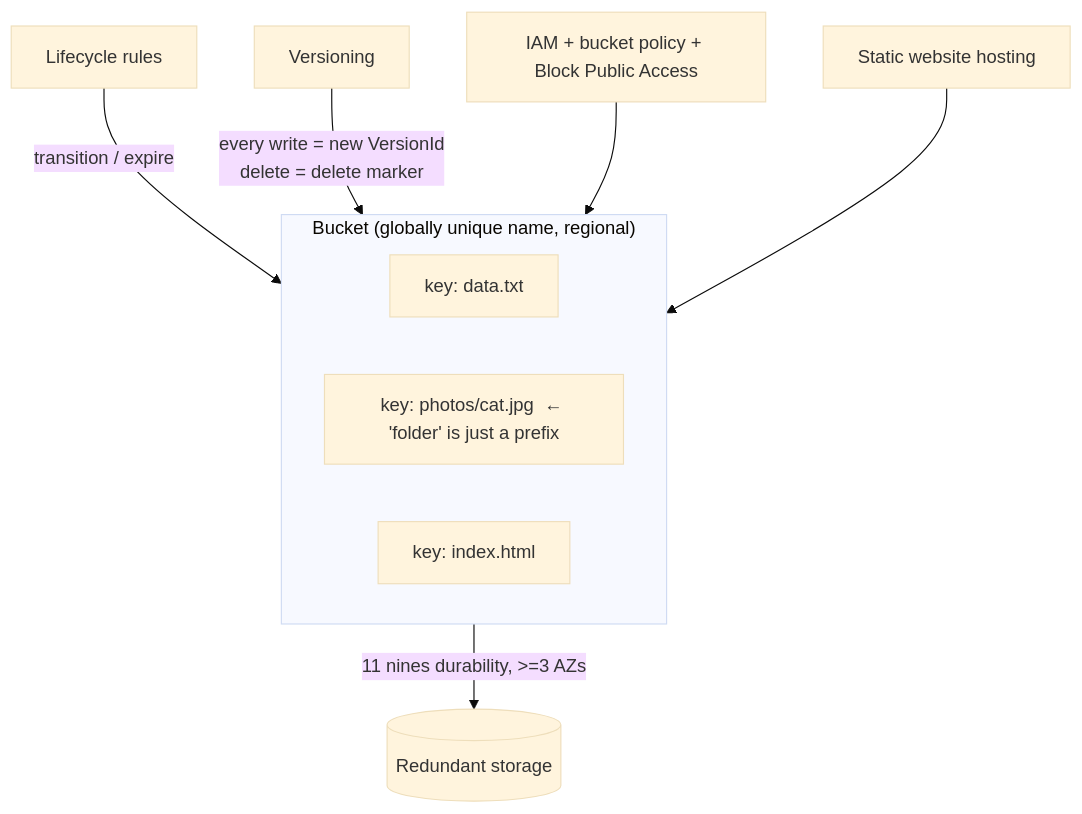
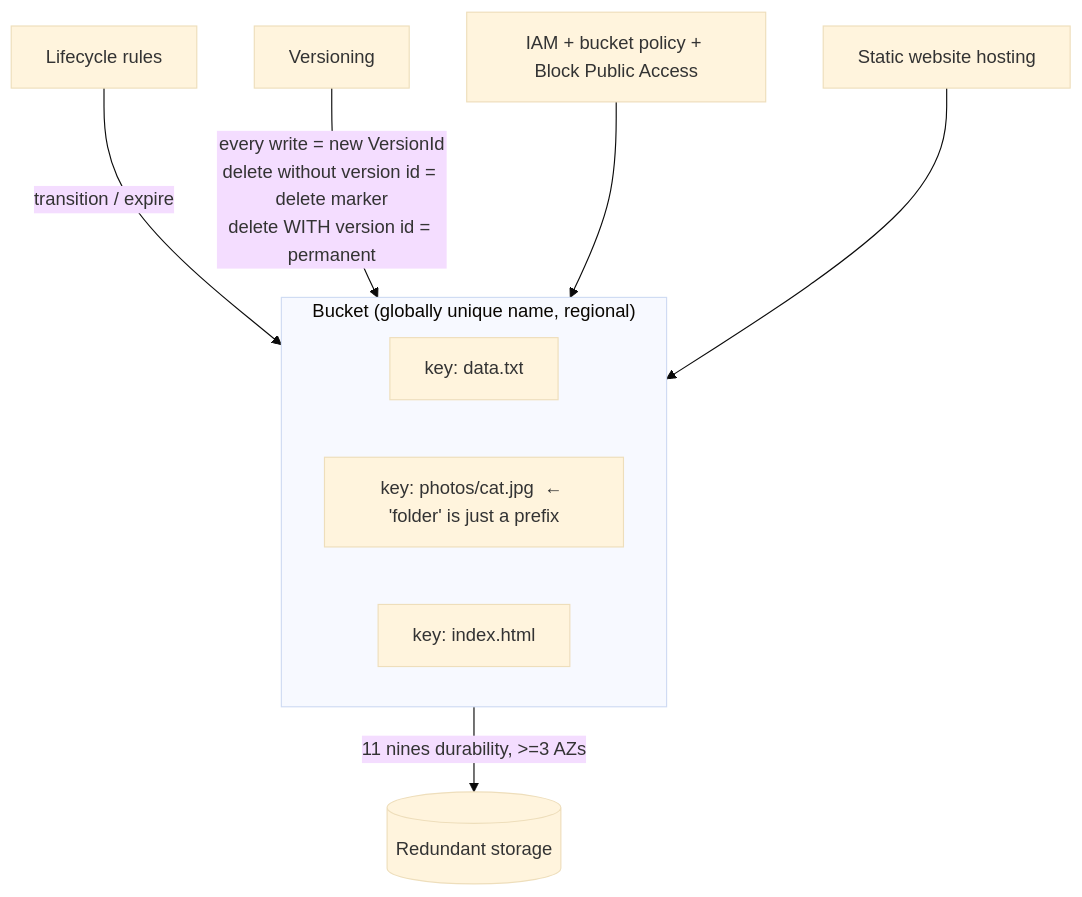
Before and after one commit to rahilbshah/aws-tf-lab: the diagram in aws-tf-lab/09-s3.md, drawn with Mermaid (base theme). The commit also changed other lines of this file and 2 other files, not shown here.

````diff
--- a/aws-tf-lab/09-s3.md
+++ b/aws-tf-lab/09-s3.md
@@ -27,13 +37,13 @@
 ```mermaid
 flowchart TB
     subgraph B["Bucket (globally unique name, regional)"]
       K1["key: data.txt"]
       K2["key: photos/cat.jpg  ← 'folder' is just a prefix"]
       K3["key: index.html"]
     end
     B -->|11 nines durability, >=3 AZs| DUR[(Redundant storage)]
     LC[Lifecycle rules] -->|transition / expire| B
-    VER[Versioning] -->|every write = new VersionId<br/>delete = delete marker| B
+    VER[Versioning] -->|every write = new VersionId<br/>delete without version id = delete marker<br/>delete WITH version id = permanent| B
     SEC[IAM + bucket policy + Block Public Access] --> B
     WEB[Static website hosting] --> B
 ```
````
